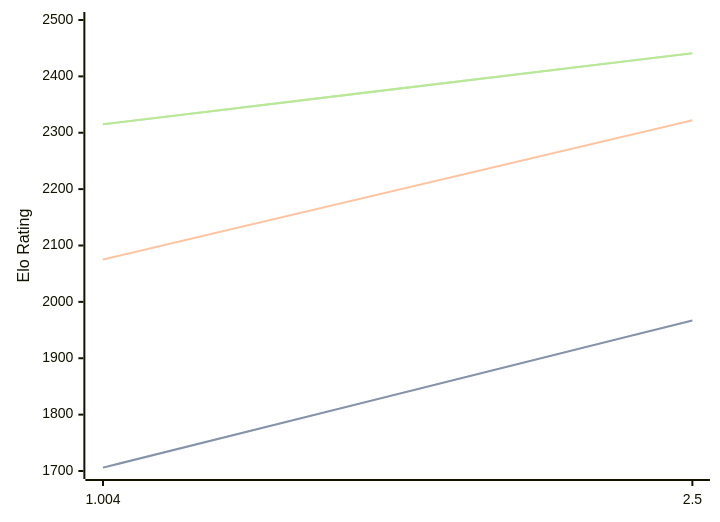
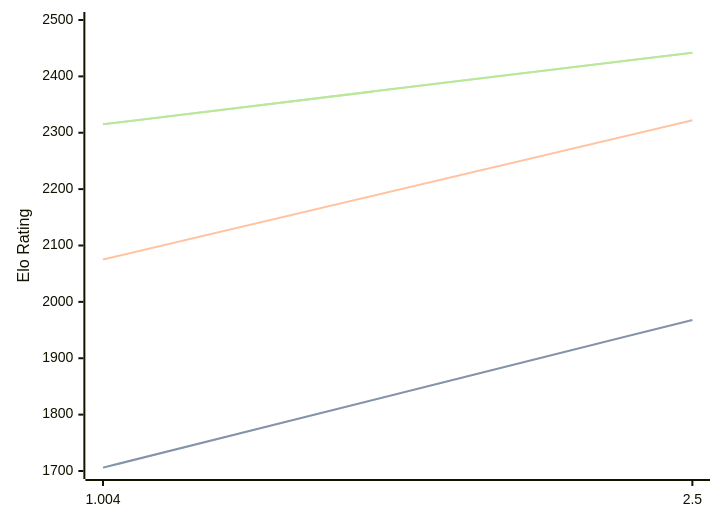
Before and after one commit to computer-chess-index/cci: the diagram in engines/Ares.md, drawn with Mermaid. The commit also changed other lines of this file, not shown here.

Commit message:
Update CCI Ratings (ELO VLTC) - 2026-08-29

````diff
--- a/engines/Ares.md
+++ b/engines/Ares.md
@@ -32,11 +32,11 @@
 ```mermaid
 %%{init: {"theme":"base","themeVariables":{"seriesColors:['#a3a3a3','#222221','#faa371']}}}%%
 xychart-beta
   x-axis ["1.004", "2.5"]
   y-axis "Elo Rating" 1700 --> 2500
-  line "" [1706, 1967]
-  line "STC (8.0+0.08s)" [1706, 1967]
+  line "" [1706, 1968]
+  line "STC (8.0+0.08s)" [1706, 1968]
   line "LTC (60.0+0.60s)" [2075, 2322]
-  line "" [2315, 2441]
-  line "VLTC (2m24s+1.12s)" [2315, 2441]
+  line "" [2315, 2442]
+  line "VLTC (2m24s+1.12s)" [2315, 2442]
 ```
````
